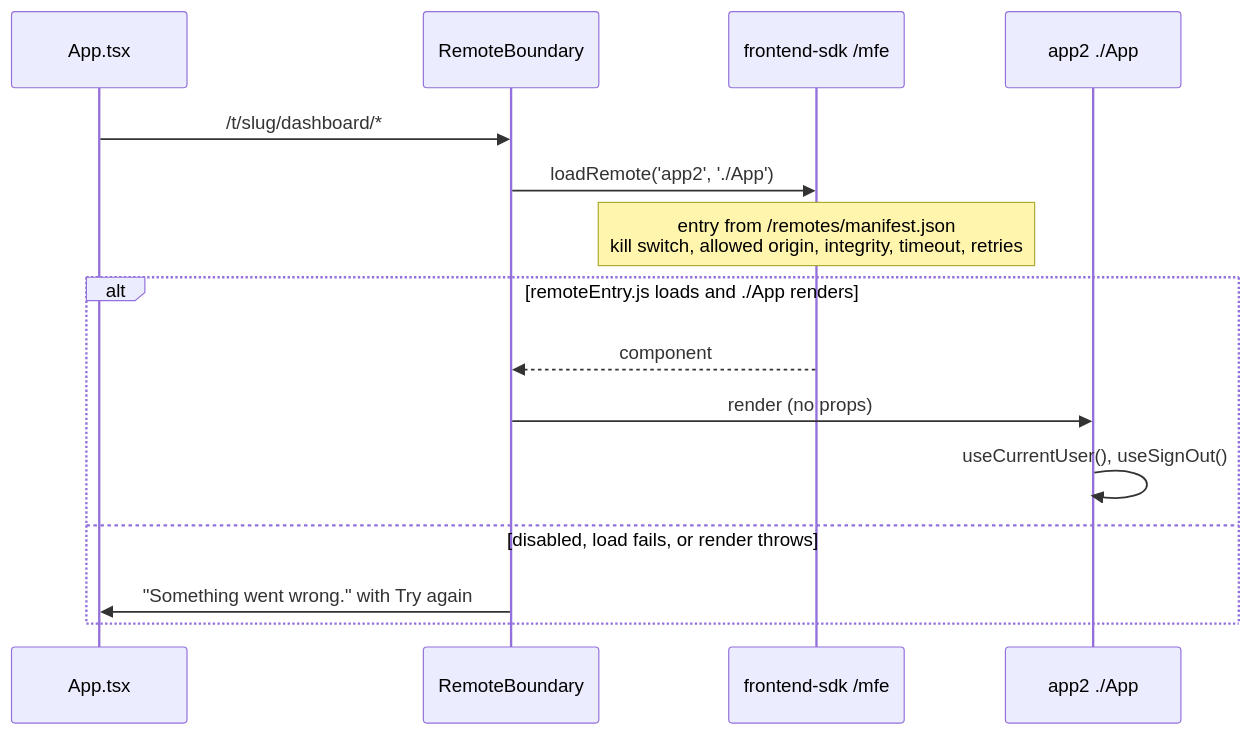
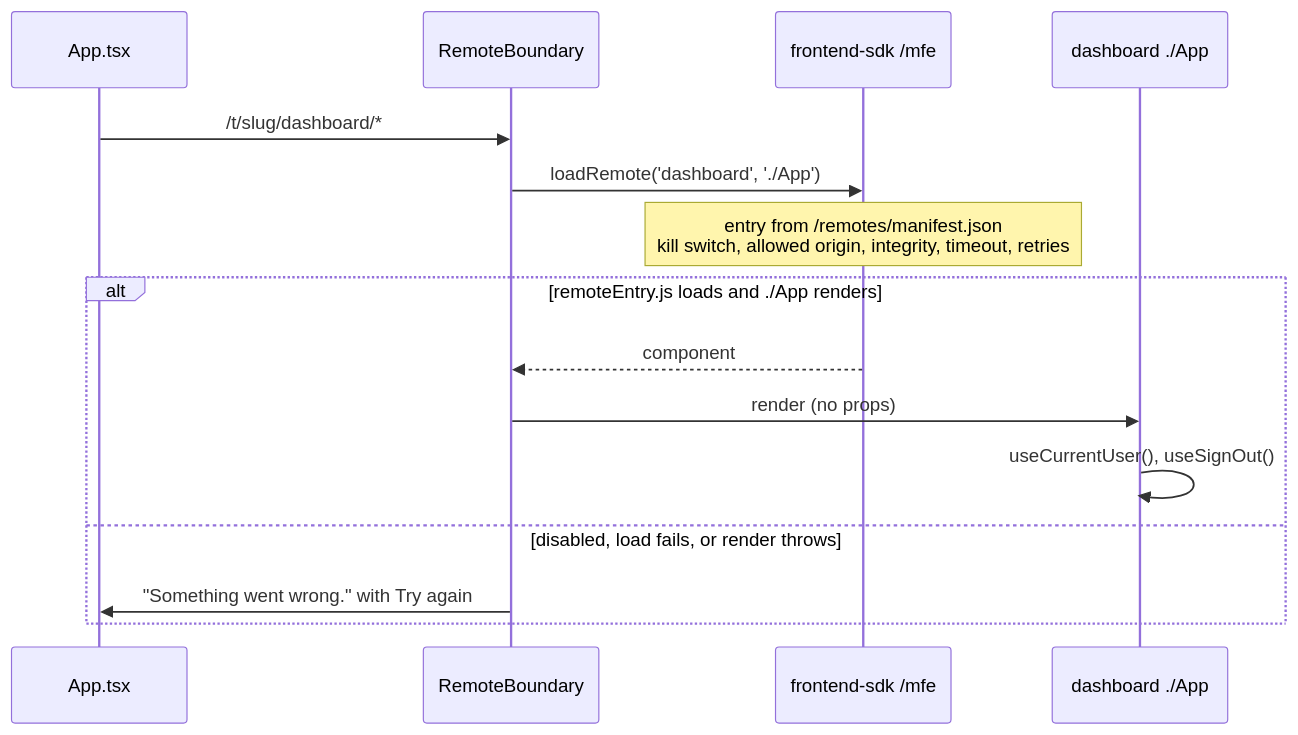
One commit to BCBP-SOLUTIONS-FZC-LLC/web-shell changed the diagram in docs/architecture/mermaid/dashboard-load.mmd. Above: the diagram before and after it, drawn with Mermaid. The commit also changed 21 other files, not shown here.

First line of the commit message:
Rename the dashboard remote app2 → dashboard (breaking; pairs with mfe-dashboard v0.3.0) (#35)

```diff
--- a/docs/architecture/mermaid/dashboard-load.mmd
+++ b/docs/architecture/mermaid/dashboard-load.mmd
@@ -1,16 +1,16 @@
 sequenceDiagram
     participant App as App.tsx
     participant Boundary as RemoteBoundary
     participant MFE as frontend-sdk /mfe
-    participant Remote as app2 ./App
+    participant Remote as dashboard ./App
 
     App->>Boundary: /t/slug/dashboard/*
-    Boundary->>MFE: loadRemote('app2', './App')
+    Boundary->>MFE: loadRemote('dashboard', './App')
     Note over MFE: entry from /remotes/manifest.json<br/>kill switch, allowed origin, integrity, timeout, retries
     alt remoteEntry.js loads and ./App renders
         MFE-->>Boundary: component
         Boundary->>Remote: render (no props)
         Remote->>Remote: useCurrentUser(), useSignOut()
     else disabled, load fails, or render throws
         Boundary->>App: "Something went wrong." with Try again
     end
```
